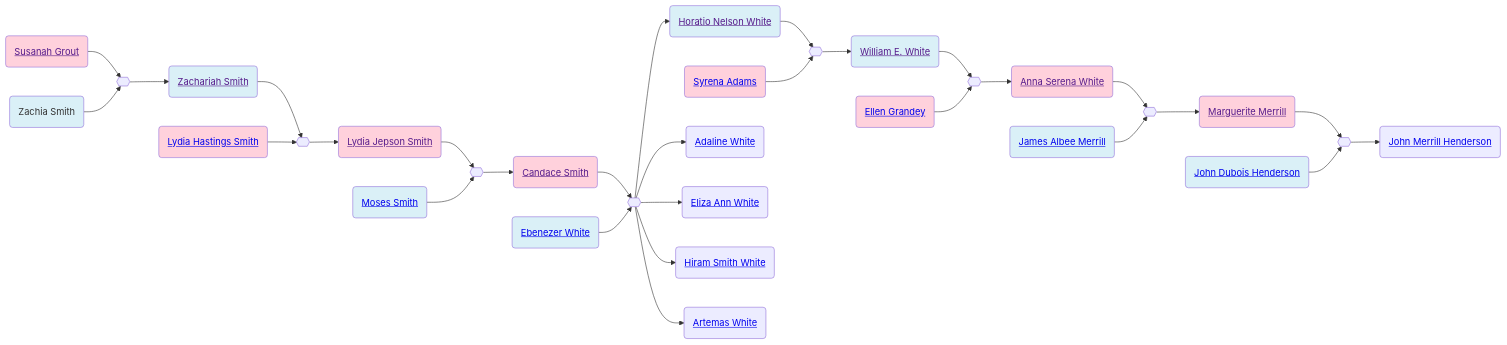
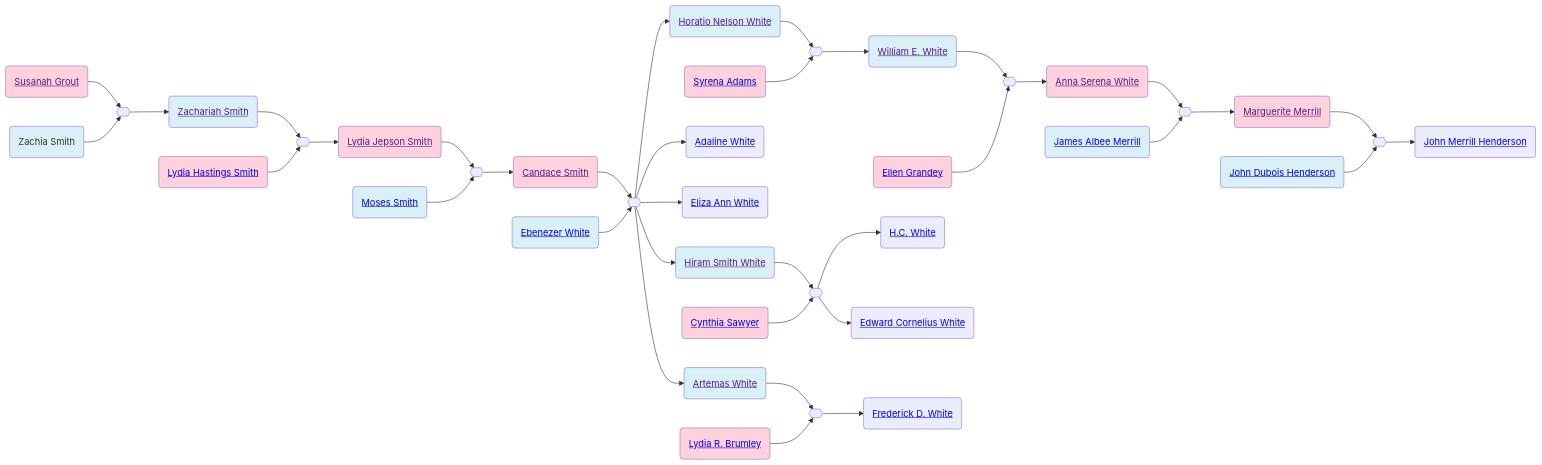
One commit to neelsmith/avocational changed the diagram in familyhistory/sources/people/Merrill-line/Susanah_Grout.qmd. Above: the diagram before and after it, drawn with Mermaid. The commit also changed 50 other files, not shown here.

````diff
--- a/familyhistory/sources/people/Merrill-line/Susanah_Grout.qmd
+++ b/familyhistory/sources/people/Merrill-line/Susanah_Grout.qmd
@@ -26,68 +26,83 @@
 ```{mermaid}
 graph LR
 %% LR descendant diagram
 class Susanah_Grout_and_Zachia_Smith marriage
 Susanah_Grout(<a href=''>Susanah Grout</a>) --> Susanah_Grout_and_Zachia_Smith{{ }}
 Zachia_Smith(Zachia Smith) --> Susanah_Grout_and_Zachia_Smith{{ }}
 class Zachia_Smith father
 class Susanah_Grout mother
 Susanah_Grout_and_Zachia_Smith{{ }} --> Zachariah_Smith(<a href='./White-line/Candace-Smith-line/Zachariah_Smith.html'>Zachariah Smith</a>)
 class Zachariah_Smith_and_Lydia_Hastings_Smith marriage
 Zachariah_Smith(<a href=''>Zachariah Smith</a>) --> Zachariah_Smith_and_Lydia_Hastings_Smith{{ }}
 Lydia_Hastings_Smith(<a href='./Lydia_Hastings_Smith.html'>Lydia Hastings Smith</a>) --> Zachariah_Smith_and_Lydia_Hastings_Smith{{ }}
 class Zachariah_Smith father
 class Lydia_Hastings_Smith mother
 Zachariah_Smith_and_Lydia_Hastings_Smith{{ }} --> Lydia_Jepson_Smith(<a href='./Lydia_Jepson_Smith.html'>Lydia Jepson Smith</a>)
 class Lydia_Jepson_Smith_and_Moses_Smith marriage
 Lydia_Jepson_Smith(<a href=''>Lydia Jepson Smith</a>) --> Lydia_Jepson_Smith_and_Moses_Smith{{ }}
 Moses_Smith(<a href='./../../../Moses_Smith_connections/Moses_Smith.html'>Moses Smith</a>) --> Lydia_Jepson_Smith_and_Moses_Smith{{ }}
 class Moses_Smith father
 class Lydia_Jepson_Smith mother
 Lydia_Jepson_Smith_and_Moses_Smith{{ }} --> Candace_Smith(<a href='./Candace_Smith.html'>Candace Smith</a>)
 class Candace_Smith_and_Ebenezer_White marriage
 Candace_Smith(<a href=''>Candace Smith</a>) --> Candace_Smith_and_Ebenezer_White{{ }}
 Ebenezer_White(<a href='./../Ebenezer_White.html'>Ebenezer White</a>) --> Candace_Smith_and_Ebenezer_White{{ }}
 class Ebenezer_White father
 class Candace_Smith mother
 Candace_Smith_and_Ebenezer_White{{ }} --> Horatio_Nelson_White(<a href='./../Horatio_Nelson_White.html'>Horatio Nelson White</a>)
 class Horatio_Nelson_White_and_Syrena_Adams marriage
 Horatio_Nelson_White(<a href=''>Horatio Nelson White</a>) --> Horatio_Nelson_White_and_Syrena_Adams{{ }}
 Syrena_Adams(<a href='./Syrena_Adams.html'>Syrena Adams</a>) --> Horatio_Nelson_White_and_Syrena_Adams{{ }}
 class Horatio_Nelson_White father
 class Syrena_Adams mother
 Horatio_Nelson_White_and_Syrena_Adams{{ }} --> William_E._White(<a href='./William_E._White.html'>William E. White</a>)
 class William_E._White_and_Ellen_Grandey marriage
 William_E._White(<a href=''>William E. White</a>) --> William_E._White_and_Ellen_Grandey{{ }}
 Ellen_Grandey(<a href='./../Grandey-line/Ellen_Grandey.html'>Ellen Grandey</a>) --> William_E._White_and_Ellen_Grandey{{ }}
 class William_E._White father
 class Ellen_Grandey mother
 William_E._White_and_Ellen_Grandey{{ }} --> Anna_Serena_White(<a href='./Anna_Serena_White.html'>Anna Serena White</a>)
 class Anna_Serena_White_and_James_Albee_Merrill marriage
 Anna_Serena_White(<a href=''>Anna Serena White</a>) --> Anna_Serena_White_and_James_Albee_Merrill{{ }}
 James_Albee_Merrill(<a href='./../James_Albee_Merrill.html'>James Albee Merrill</a>) --> Anna_Serena_White_and_James_Albee_Merrill{{ }}
 class James_Albee_Merrill father
 class Anna_Serena_White mother
 Anna_Serena_White_and_James_Albee_Merrill{{ }} --> Marguerite_Merrill(<a href='./../Marguerite_Merrill.html'>Marguerite Merrill</a>)
 class Marguerite_Merrill_and_John_Dubois_Henderson marriage
 Marguerite_Merrill(<a href=''>Marguerite Merrill</a>) --> Marguerite_Merrill_and_John_Dubois_Henderson{{ }}
 John_Dubois_Henderson(<a href='./../Henderson-line/John_Dubois_Henderson.html'>John Dubois Henderson</a>) --> Marguerite_Merrill_and_John_Dubois_Henderson{{ }}
 class John_Dubois_Henderson father
 class Marguerite_Merrill mother
 Marguerite_Merrill_and_John_Dubois_Henderson{{ }} --> John_Merrill_Henderson(<a href='./../Henderson-line/John_Merrill_Henderson.html'>John Merrill Henderson</a>)
 class Ebenezer_White father
 class Candace_Smith mother
 Candace_Smith_and_Ebenezer_White{{ }} --> Adaline_White(<a href='./../Adaline_White.html'>Adaline White</a>)
 class Ebenezer_White father
 class Candace_Smith mother
 Candace_Smith_and_Ebenezer_White{{ }} --> Eliza_Ann_White(<a href='./../Eliza_Ann_White.html'>Eliza Ann White</a>)
 class Ebenezer_White father
 class Candace_Smith mother
 Candace_Smith_and_Ebenezer_White{{ }} --> Hiram_Smith_White(<a href='./../Hiram_Smith_White.html'>Hiram Smith White</a>)
+class Hiram_Smith_White_and_Cynthia_Sawyer marriage
+Hiram_Smith_White(<a href=''>Hiram Smith White</a>) --> Hiram_Smith_White_and_Cynthia_Sawyer{{ }}
+Cynthia_Sawyer(<a href='./Cynthia_Sawyer.html'>Cynthia Sawyer</a>) --> Hiram_Smith_White_and_Cynthia_Sawyer{{ }}
+class Hiram_Smith_White father
+class Cynthia_Sawyer mother
+Hiram_Smith_White_and_Cynthia_Sawyer{{ }} --> H.C._White(<a href='./../../../overviews-people/White/H.C._White.html'>H.C. White</a>)
+class Hiram_Smith_White father
+class Cynthia_Sawyer mother
+Hiram_Smith_White_and_Cynthia_Sawyer{{ }} --> Edward_Cornelius_White(<a href='./Edward_Cornelius_White.html'>Edward Cornelius White</a>)
 class Ebenezer_White father
 class Candace_Smith mother
 Candace_Smith_and_Ebenezer_White{{ }} --> Artemas_White(<a href='./../Artemas_White.html'>Artemas White</a>)
+class Artemas_White_and_Lydia_R._Brumley marriage
+Artemas_White(<a href=''>Artemas White</a>) --> Artemas_White_and_Lydia_R._Brumley{{ }}
+Lydia_R._Brumley(<a href='./Lydia_R._Brumley.html'>Lydia R. Brumley</a>) --> Artemas_White_and_Lydia_R._Brumley{{ }}
+class Artemas_White father
+class Lydia_R._Brumley mother
+Artemas_White_and_Lydia_R._Brumley{{ }} --> Frederick_D._White(<a href='./Frederick_D._White.html'>Frederick D. White</a>)
 classDef mother fill:#ffd1dc
 classDef father fill:#daf0f7  
 classDef marriage fill:#ffffff
 
 ```
````
